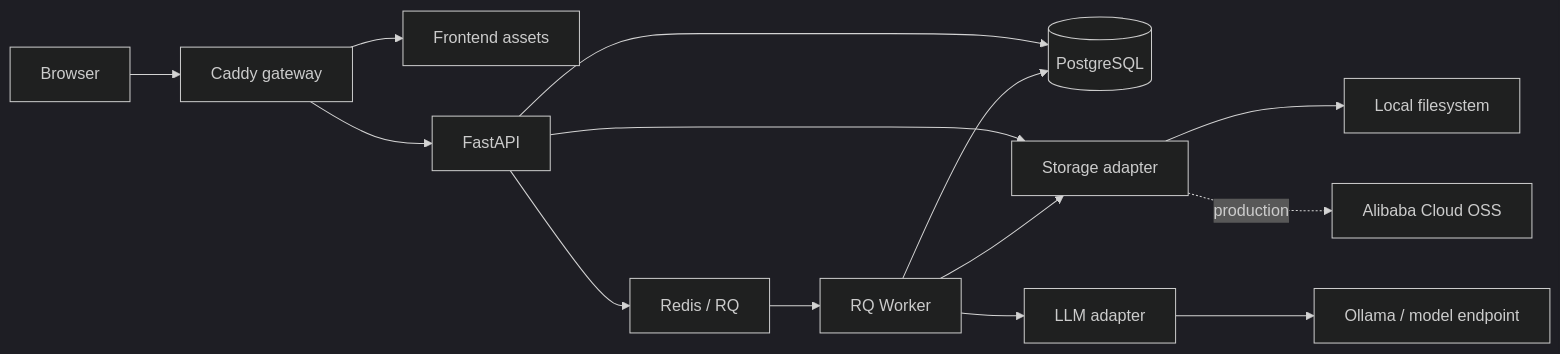
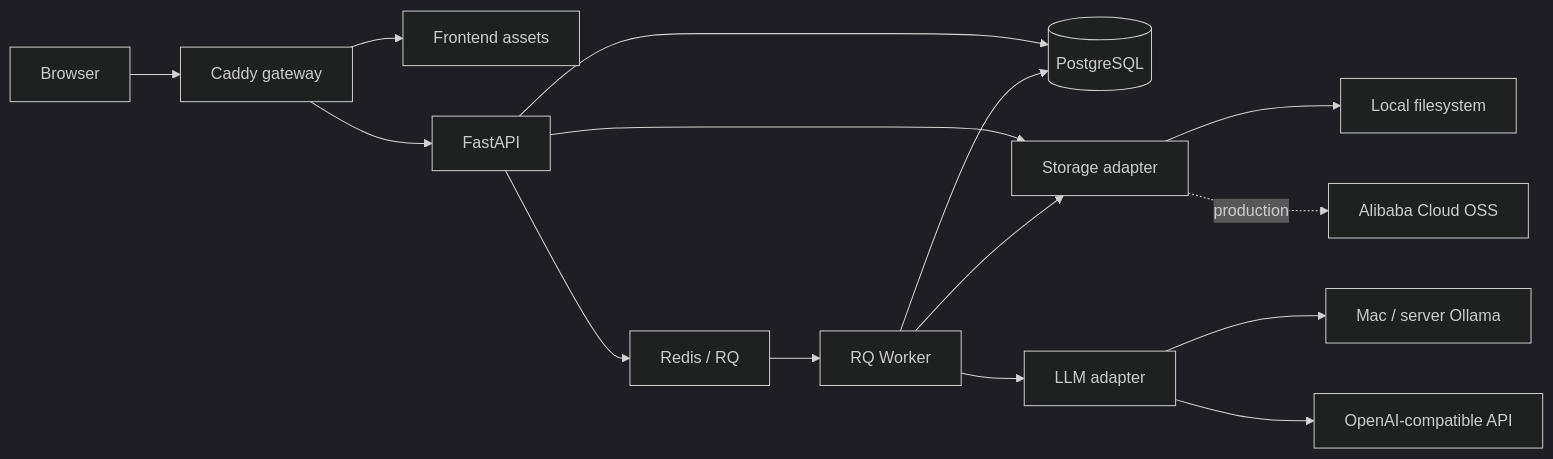
One commit to Archangel-he/local-llm-wiki changed the first of 3 diagrams in docs/architecture.md. Above: the diagram before and after it, drawn with Mermaid (dark theme). The commit also changed other lines of this file and 11 other files, not shown here.

````diff
--- a/docs/architecture.md
+++ b/docs/architecture.md
@@ -24,18 +26,19 @@
 ```mermaid
 flowchart LR
     U["Browser"] --> G["Caddy gateway"]
     G --> F["Frontend assets"]
     G --> A["FastAPI"]
 
     A --> P[("PostgreSQL")]
     A --> R["Redis / RQ"]
     A --> S["Storage adapter"]
     R --> W["RQ Worker"]
     W --> P
     W --> S
     W --> L["LLM adapter"]
-    L --> O["Ollama / model endpoint"]
+    L --> O["Mac / server Ollama"]
+    L --> E["OpenAI-compatible API"]
 
     S --> LOCAL["Local filesystem"]
     S -. "production" .-> OSS["Alibaba Cloud OSS"]
 ```
````
